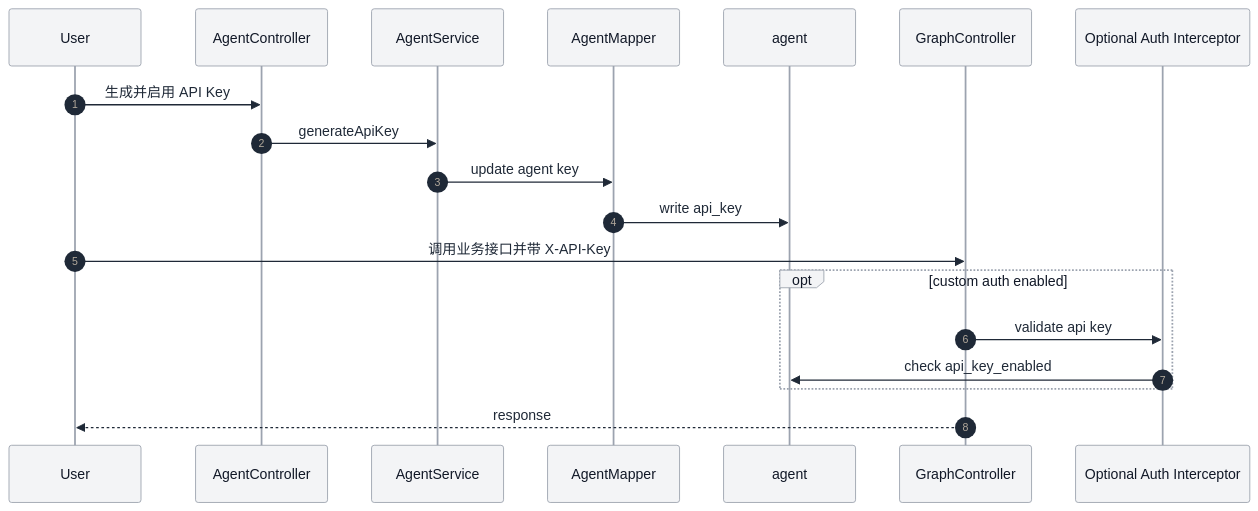
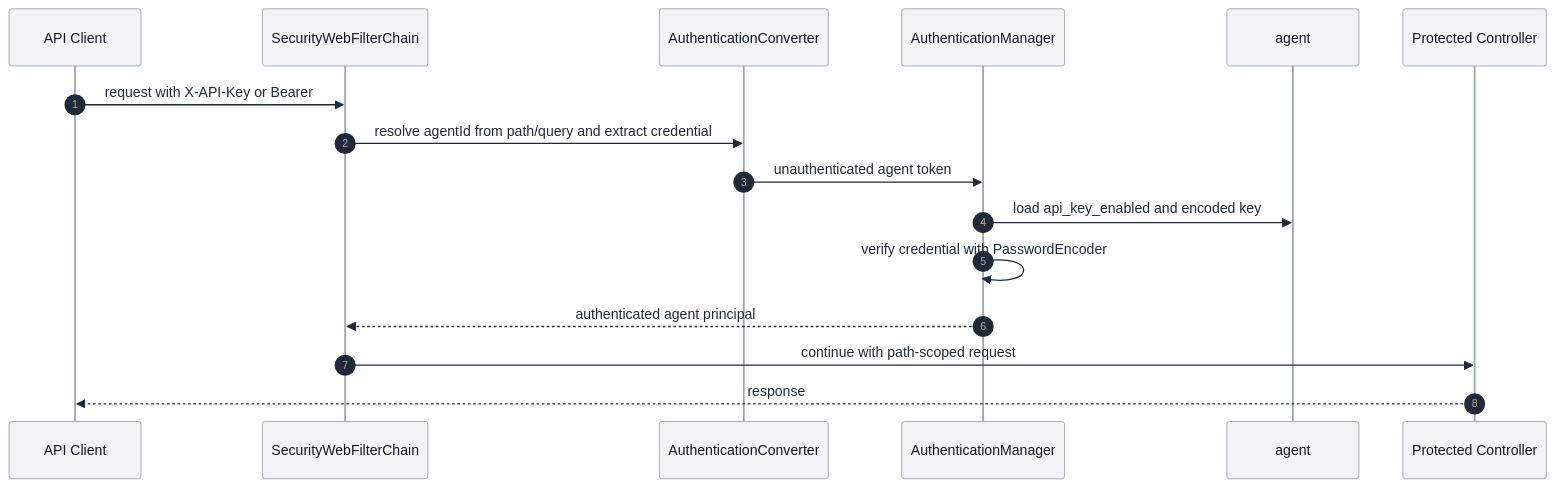
Before and after one commit to spring-ai-alibaba/DataAgent: diagram 16 of 18 in docs/ARCHITECTURE.md, drawn with Mermaid. The commit also changed other lines of this file and 7 other files, not shown here.

Commit message:
docs: correct memory API and authentication contract

````diff
--- a/docs/ARCHITECTURE.md
+++ b/docs/ARCHITECTURE.md
@@ -663,23 +685,20 @@
 ```mermaid
 %%{init: {"theme": "base", "themeVariables": {"primaryColor": "#E3F2FD", "primaryBorderColor": "#1E88E5", "primaryTextColor": "#1F2937", "lineColor": "#4B5563", "secondaryColor": "#E8F5E9", "tertiaryColor": "#FFF1D6", "actorBkg": "#F3F4F6", "actorBorder": "#9CA3AF", "actorTextColor": "#111827", "noteBkgColor": "#FFF8E1", "noteTextColor": "#1F2937"}}}%%
 sequenceDiagram
   autonumber
-  participant U as User
-  participant API as AgentController
-  participant S as AgentService
-  participant M as AgentMapper
+  participant C as API Client
+  participant SEC as SecurityWebFilterChain
+  participant CONV as AuthenticationConverter
+  participant AUTH as AuthenticationManager
   participant DB as agent
-  participant G as GraphController
-  participant Auth as Optional Auth Interceptor
+  participant API as Protected Controller
 
-  U->>API: 生成并启用 API Key
-  API->>S: generateApiKey
-  S->>M: update agent key
-  M->>DB: write api_key
-  U->>G: 调用业务接口并带 X-API-Key
-  opt custom auth enabled
-    G->>Auth: validate api key
-    Auth->>DB: check api_key_enabled
-  end
-  G-->>U: response
+  C->>SEC: request with X-API-Key or Bearer
+  SEC->>CONV: resolve agentId from path/query and extract credential
+  CONV->>AUTH: unauthenticated agent token
+  AUTH->>DB: load api_key_enabled and encoded key
+  AUTH->>AUTH: verify credential with PasswordEncoder
+  AUTH-->>SEC: authenticated agent principal
+  SEC->>API: continue with path-scoped request
+  API-->>C: response
 ```
````
